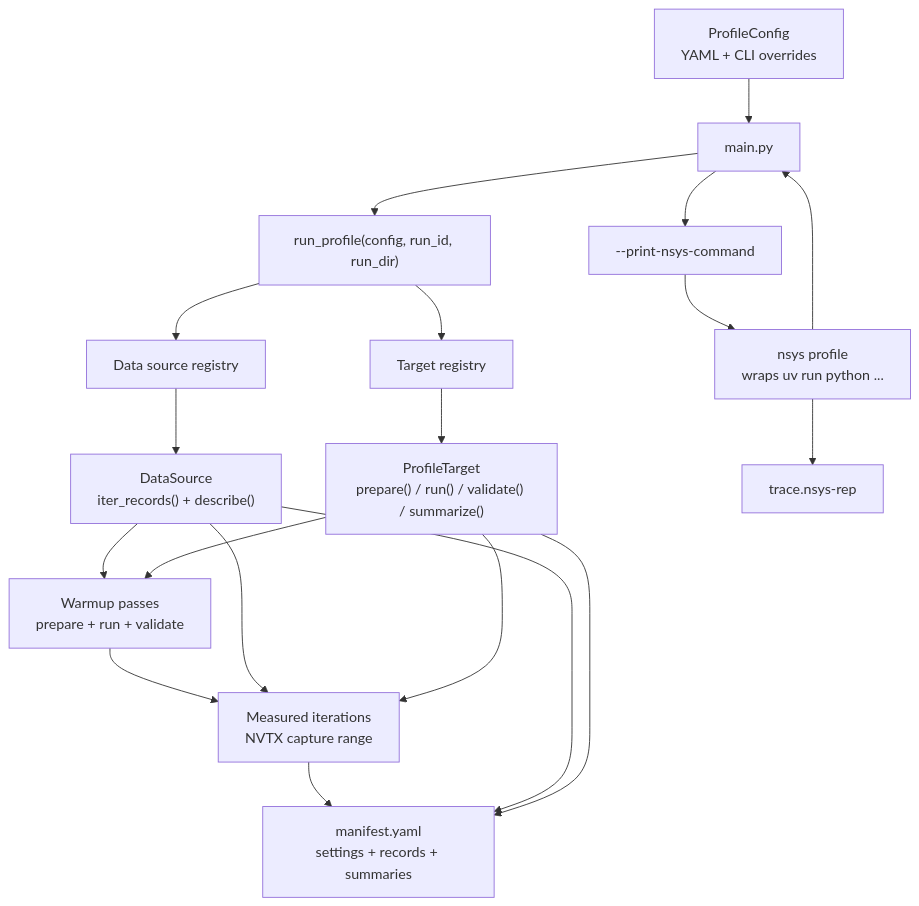
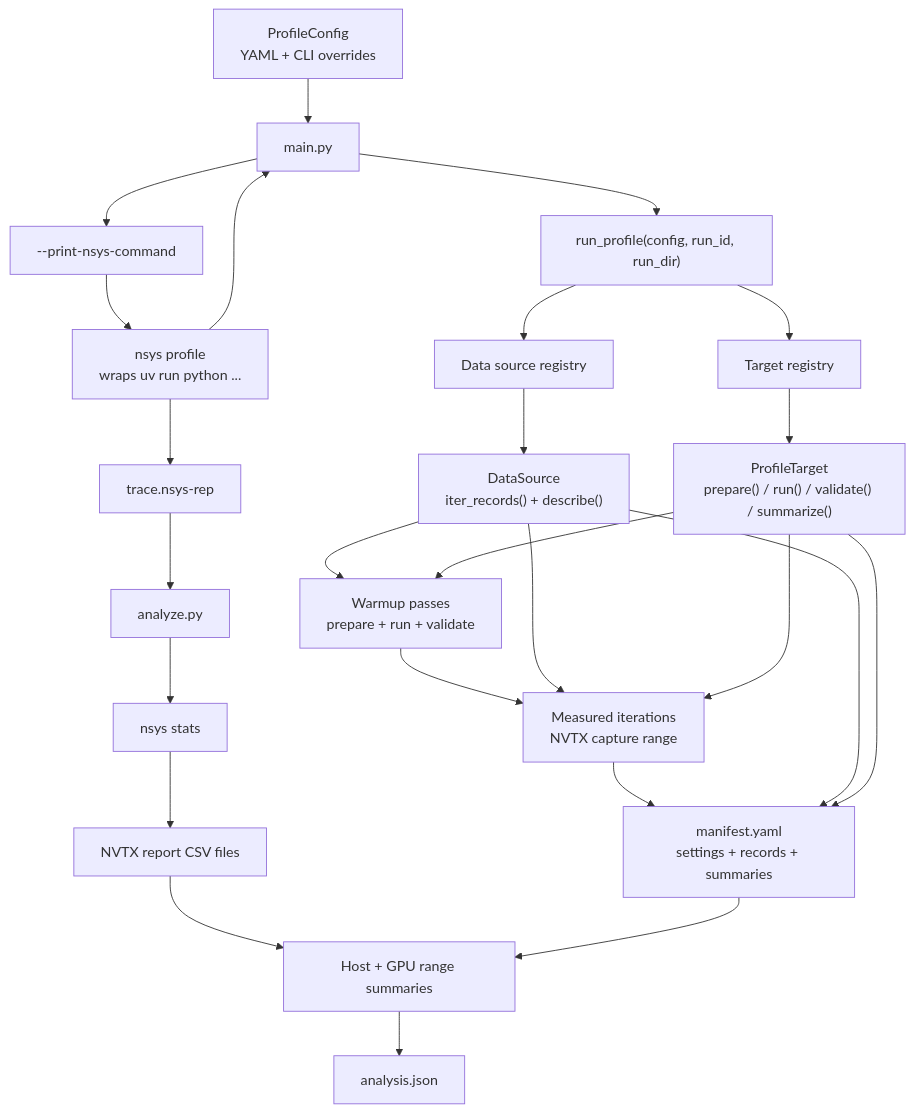
The diagram in development/profiling/README.md (roboflow/inference), drawn with Mermaid before and after one commit. The commit also changed other lines of this file and 11 other files, not shown here.

First line of the commit message:
Add Nsight trace analysis to profiling tools (#2878)

````diff
--- a/development/profiling/README.md
+++ b/development/profiling/README.md
@@ -9,37 +9,49 @@
 ```mermaid
 flowchart TD
     config["ProfileConfig\nYAML + CLI overrides"]
     main["main.py"]
     runProfile["run_profile(config, run_id, run_dir)"]
     dataRegistry["Data source registry"]
     dataSource["DataSource\niter_records() + describe()"]
     targetRegistry["Target registry"]
     target["ProfileTarget\nprepare() / run() / validate() / summarize()"]
     warmup["Warmup passes\nprepare + run + validate"]
     capture["Measured iterations\nNVTX capture range"]
     manifest["manifest.yaml\nsettings + records + summaries"]
     nsysCommand["--print-nsys-command"]
     nsys["nsys profile\nwraps uv run python ..."]
     trace["trace.nsys-rep"]
+    analyze["analyze.py"]
+    stats["nsys stats"]
+    reports["NVTX report CSV files"]
+    summary["Host + GPU range summaries"]
+    analysis["analysis.json"]
 
     config --> main
     main --> runProfile
     main --> nsysCommand
     nsysCommand --> nsys
     nsys --> main
     nsys --> trace
 
     runProfile --> dataRegistry
     dataRegistry --> dataSource
     runProfile --> targetRegistry
     targetRegistry --> target
 
     dataSource --> warmup
     target --> warmup
     warmup --> capture
     dataSource --> capture
     target --> capture
     capture --> manifest
     dataSource --> manifest
     target --> manifest
+
+    trace --> analyze
+    analyze --> stats
+    stats --> reports
+    reports --> summary
+    manifest --> summary
+    summary --> analysis
 ```
````
